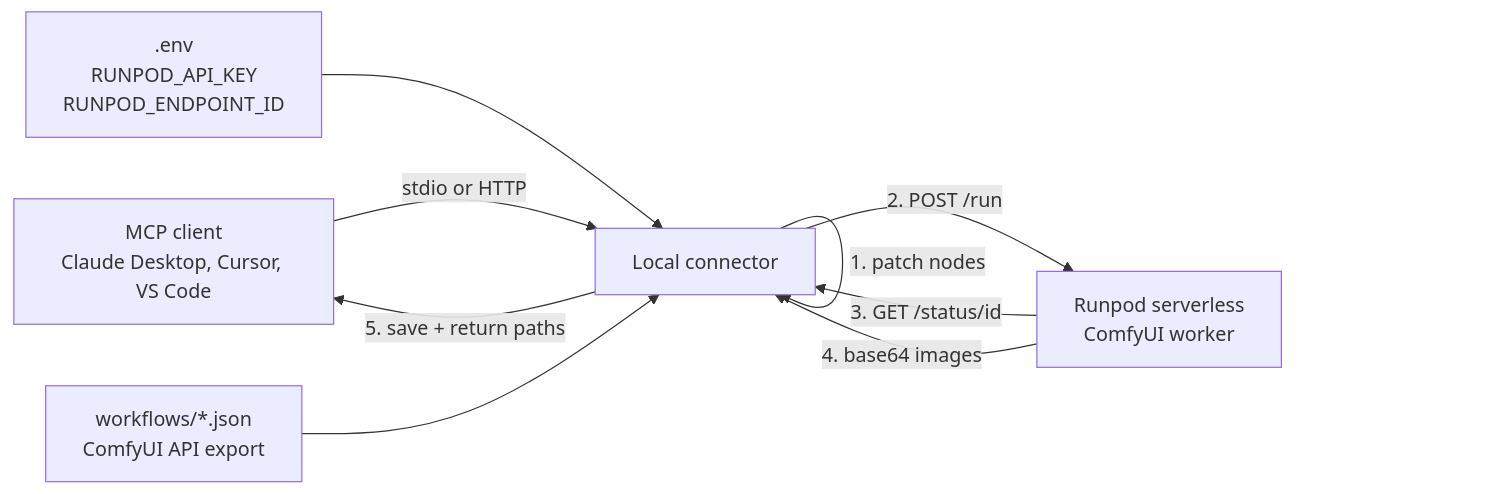
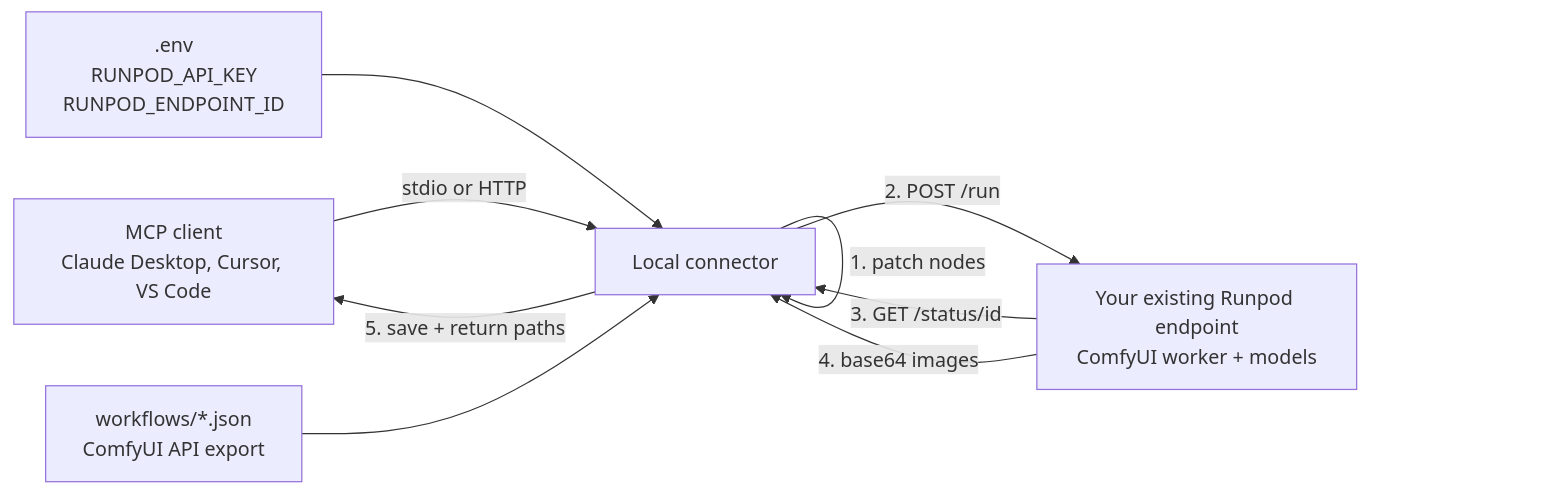
The diagram in README.md (haughtai-jared/localConnector_runpod_comfyui), drawn with Mermaid before and after one commit. The commit also changed other lines of this file, not shown here.

First line of the commit message:
docs: lead with node mapping and the existing-worker assumption

````diff
--- a/README.md
+++ b/README.md
@@ -18,11 +61,11 @@
 ```mermaid
 flowchart LR
     A[MCP client<br/>Claude Desktop, Cursor, VS Code] -->|stdio or HTTP| B[Local connector]
     O[.env<br/>RUNPOD_API_KEY<br/>RUNPOD_ENDPOINT_ID] --> B
     W[workflows/*.json<br/>ComfyUI API export] --> B
     B -->|1. patch nodes| B
-    B -->|2. POST /run| C[Runpod serverless<br/>ComfyUI worker]
+    B -->|2. POST /run| C[Your existing Runpod endpoint<br/>ComfyUI worker + models]
     C -->|3. GET /status/id| B
     C -->|4. base64 images| B
     B -->|5. save + return paths| A
 ```
````
